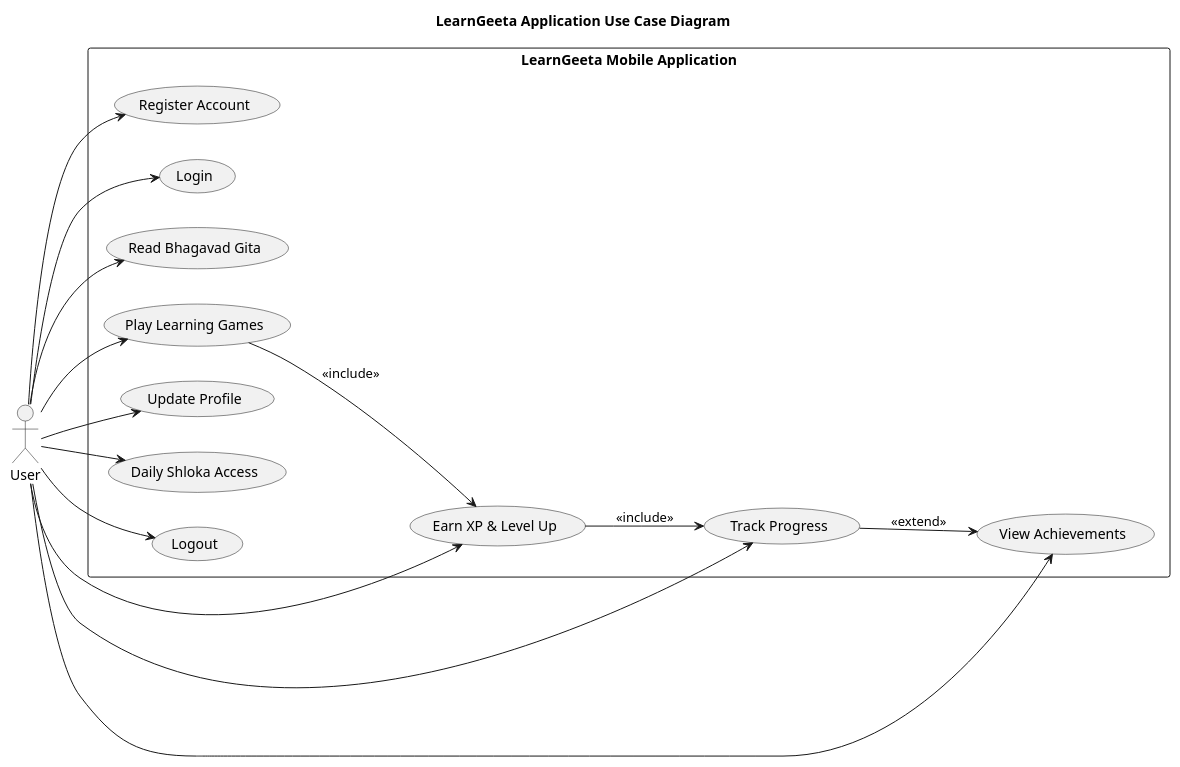
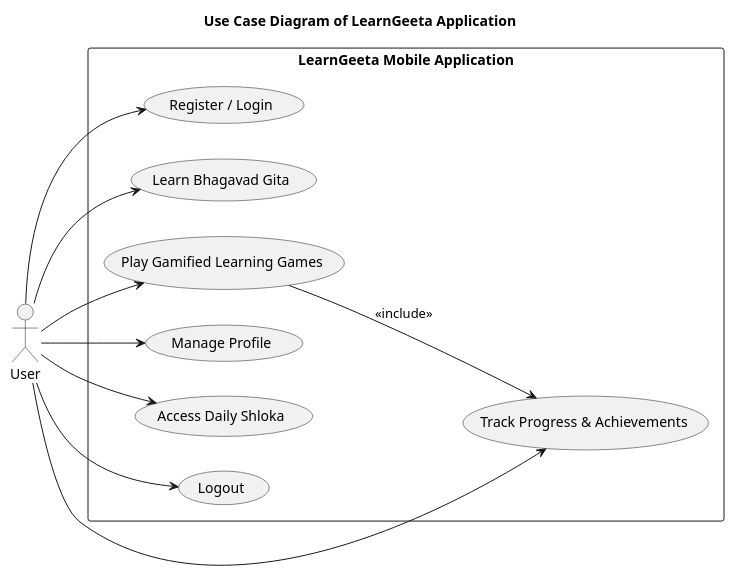
Before and after one commit to Tanvesh18/LearnGeeta: the diagram in usecasediagram.puml, drawn with PlantUML. The commit also changed 8 other files, not shown here.

Commit message:
new diagrams

```diff
--- a/usecasediagram.puml
+++ b/usecasediagram.puml
@@ -1,41 +1,33 @@
-@startuml LearnGeetaUseCase
-title LearnGeeta Application Use Case Diagram
+@startuml LearnGeetaUseCaseSimple
+title Use Case Diagram of LearnGeeta Application
 
 left to right direction
 skinparam backgroundColor white
 skinparam shadowing false
-skinparam defaultFontName Segoe UI
+skinparam defaultFontName Arial
 skinparam packageStyle rectangle
 
 actor User
 
 rectangle "LearnGeeta Mobile Application" {
 
-  usecase "Register Account" as UC1
-  usecase "Login" as UC2
-  usecase "Read Bhagavad Gita" as UC3
-  usecase "Play Learning Games" as UC4
-  usecase "Earn XP & Level Up" as UC5
-  usecase "Track Progress" as UC6
-  usecase "View Achievements" as UC7
-  usecase "Update Profile" as UC8
-  usecase "Daily Shloka Access" as UC9
-  usecase "Logout" as UC10
+  usecase "Register / Login" as UC1
+  usecase "Learn Bhagavad Gita" as UC2
+  usecase "Play Gamified Learning Games" as UC3
+  usecase "Track Progress & Achievements" as UC4
+  usecase "Manage Profile" as UC5
+  usecase "Access Daily Shloka" as UC6
+  usecase "Logout" as UC7
 }
 
 User --> UC1
 User --> UC2
 User --> UC3
 User --> UC4
 User --> UC5
 User --> UC6
 User --> UC7
-User --> UC8
-User --> UC9
-User --> UC10
 
-UC4 --> UC5 : <<include>>
-UC5 --> UC6 : <<include>>
-UC6 --> UC7 : <<extend>>
+UC3 --> UC4 : <<include>>
 
 @enduml
```
